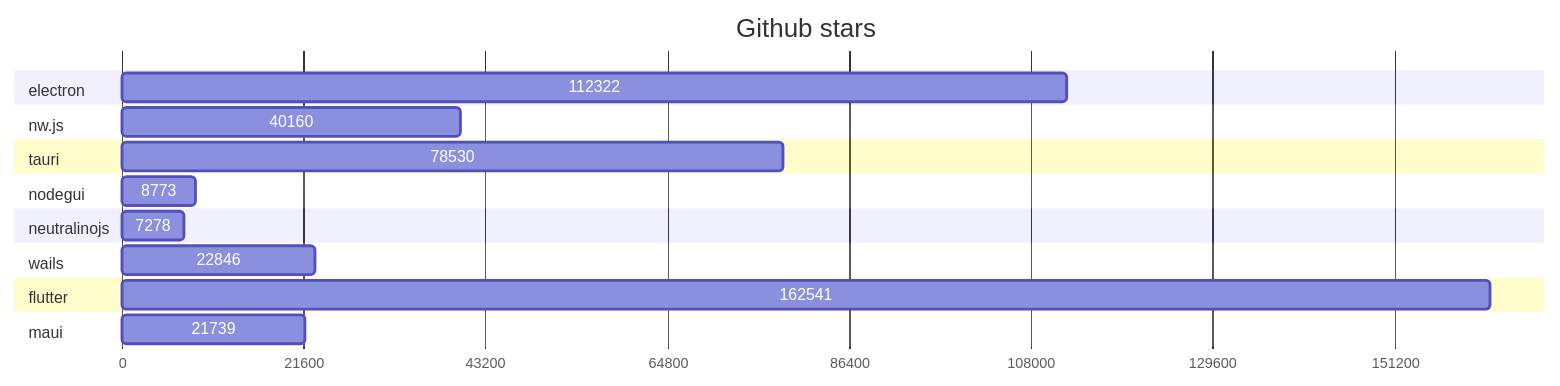
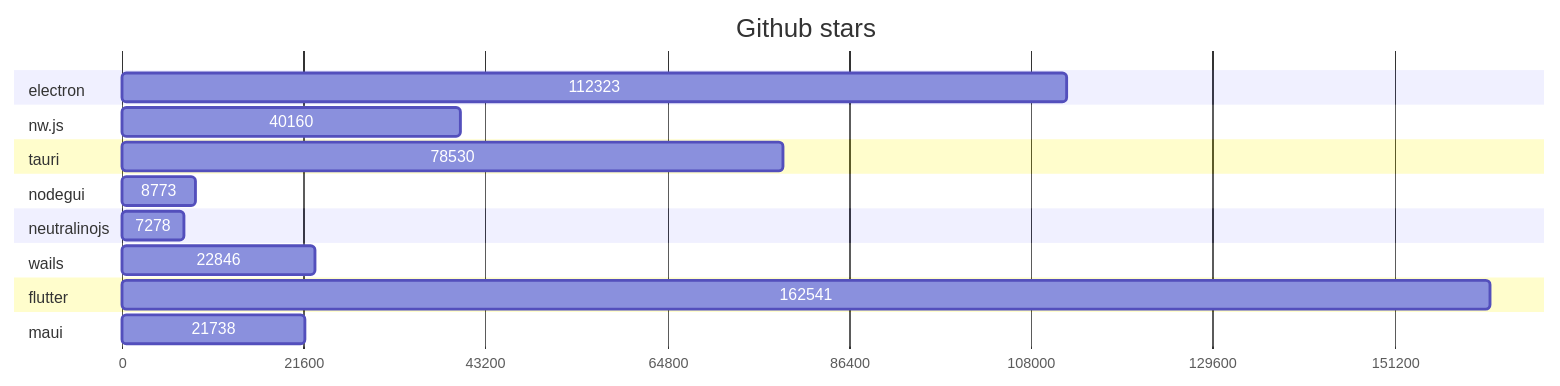
Before and after one commit to Elanis/web-to-desktop-framework-comparison: the first of 2 diagrams in GRAPHS.md, drawn with Mermaid. The commit also changed 1 other file, not shown here.

Commit message:
Update stars & Fork

````diff
--- a/GRAPHS.md
+++ b/GRAPHS.md
@@ -5,40 +5,40 @@
 ```mermaid
 gantt
     title Github stars
     dateFormat  X
     axisFormat %s
 
 
 	section electron
-	112322 : 0, 112322
+	112323 : 0, 112323
 
 	
 	section nw.js
 	40160 : 0, 40160
 
 	
 	section tauri
 	78530 : 0, 78530
 
 	
 	section nodegui
 	8773 : 0, 8773
 
 	
 	section neutralinojs
 	7278 : 0, 7278
 
 	
 	section wails
 	22846 : 0, 22846
 
 	
 	section flutter
 	162541 : 0, 162541
 
 	
 	section maui
-	21739 : 0, 21739
+	21738 : 0, 21738
 
 	
 ```
````
